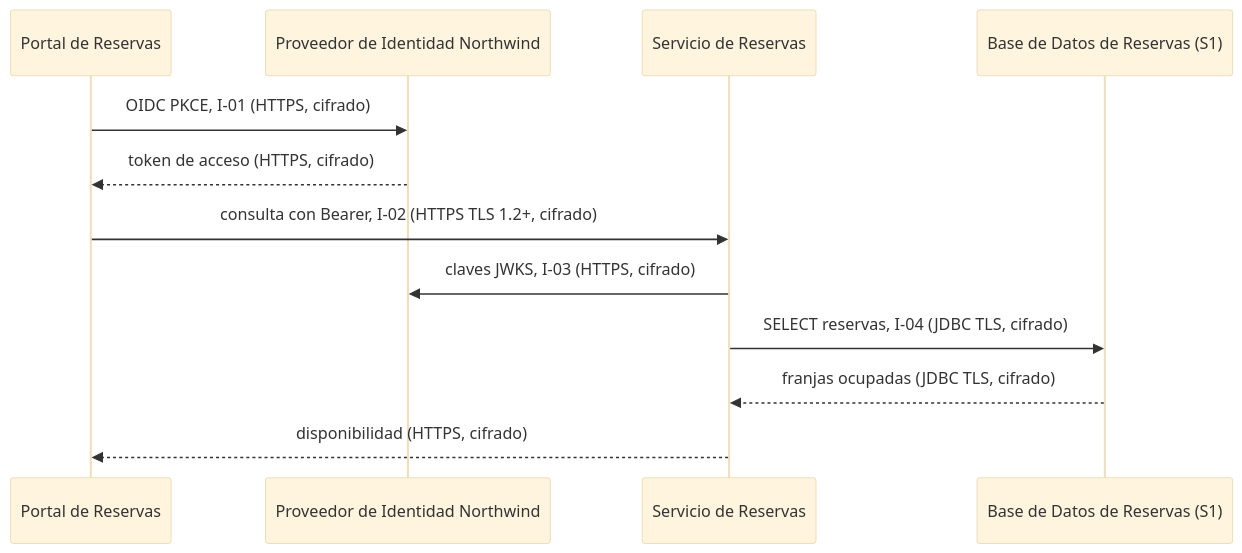
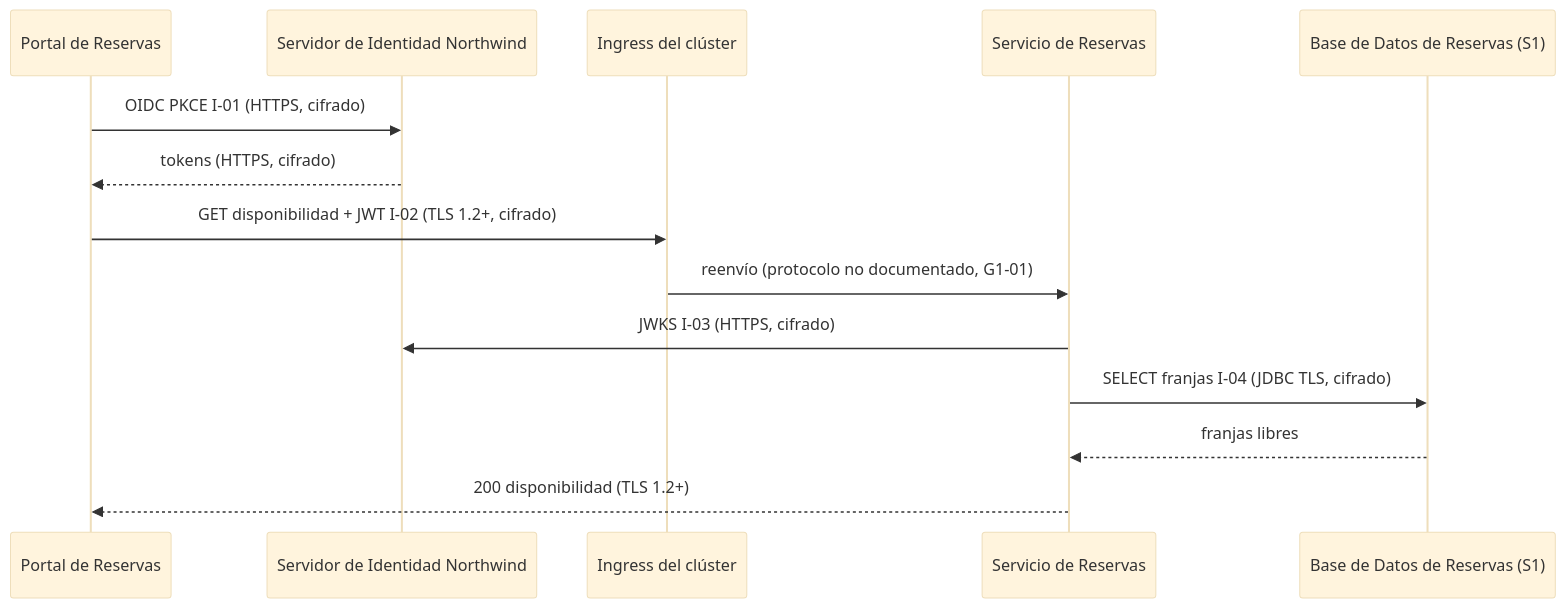
The first of 3 diagrams in analysis/DATA-SENSITIVITY-2026-11-02.md (shadowX4fox/northwind-reservas), drawn with Mermaid (base theme) before and after one commit. The commit also changed other lines of this file and 8 other files, not shown here.

First line of the commit message:
I-01 e I-03 apuntan al Servidor de Identidad Northwind — un solo nombre para la identidad

````diff
--- a/analysis/DATA-SENSITIVITY-2026-11-02.md
+++ b/analysis/DATA-SENSITIVITY-2026-11-02.md
@@ -59,14 +57,16 @@
 ```mermaid
 sequenceDiagram
-  participant Portal as Portal de Reservas
-  participant IdP as Proveedor de Identidad Northwind
-  participant Svc as Servicio de Reservas
+  participant P as Portal de Reservas
+  participant K as Servidor de Identidad Northwind
+  participant I as Ingress del clúster
+  participant S as Servicio de Reservas
   participant DB as Base de Datos de Reservas (S1)
-  Portal->>IdP: OIDC PKCE, I-01 (HTTPS, cifrado)
-  IdP-->>Portal: token de acceso (HTTPS, cifrado)
-  Portal->>Svc: consulta con Bearer, I-02 (HTTPS TLS 1.2+, cifrado)
-  Svc->>IdP: claves JWKS, I-03 (HTTPS, cifrado)
-  Svc->>DB: SELECT reservas, I-04 (JDBC TLS, cifrado)
-  DB-->>Svc: franjas ocupadas (JDBC TLS, cifrado)
-  Svc-->>Portal: disponibilidad (HTTPS, cifrado)
+  P->>K: OIDC PKCE I-01 (HTTPS, cifrado)
+  K-->>P: tokens (HTTPS, cifrado)
+  P->>I: GET disponibilidad + JWT I-02 (TLS 1.2+, cifrado)
+  I->>S: reenvío (protocolo no documentado, G1-01)
+  S->>K: JWKS I-03 (HTTPS, cifrado)
+  S->>DB: SELECT franjas I-04 (JDBC TLS, cifrado)
+  DB-->>S: franjas libres
+  S-->>P: 200 disponibilidad (TLS 1.2+)
 ```
````
